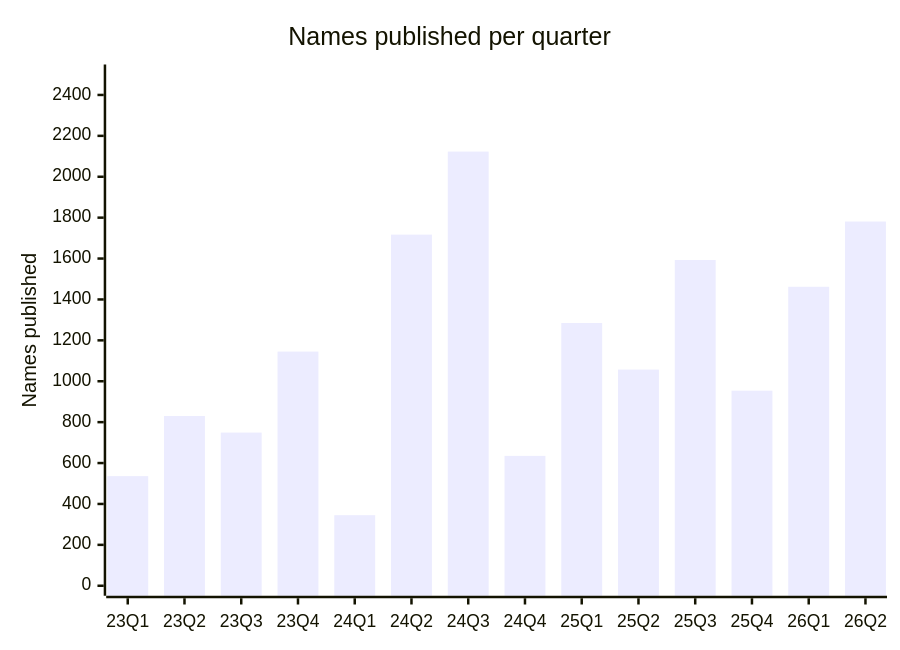
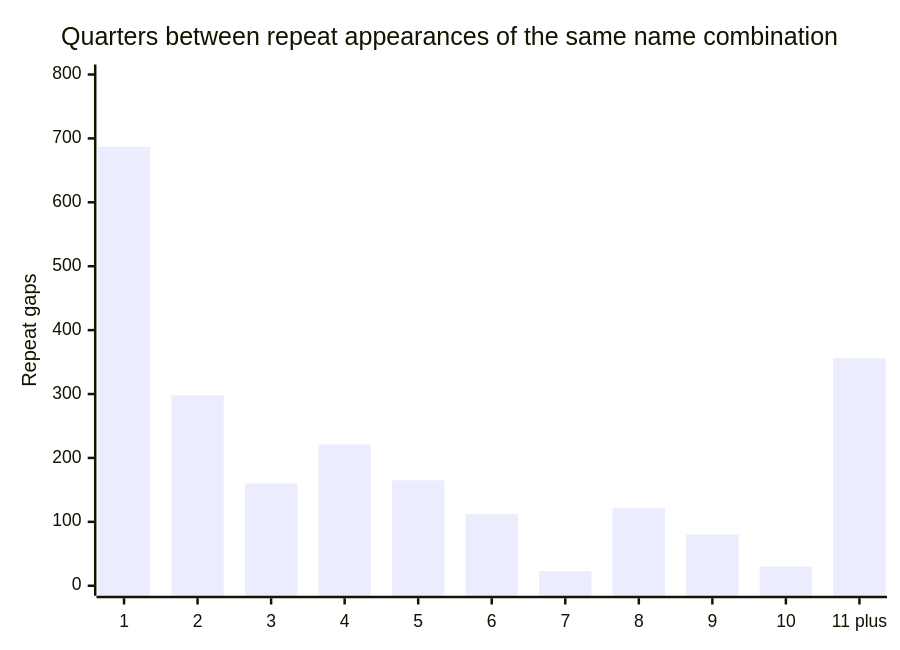
Before and after one commit to CoreData-Labs/usa-quarterly-expatriation-list: diagram 13 of 16 in README.md, drawn with Mermaid. The commit also changed other lines of this file, not shown here.

````diff
--- a/README.md
+++ b/README.md
@@ -90,7 +343,7 @@
 ```mermaid
 xychart-beta
-    title "Names published per quarter"
-    x-axis ["23Q1", "23Q2", "23Q3", "23Q4", "24Q1", "24Q2", "24Q3", "24Q4", "25Q1", "25Q2", "25Q3", "25Q4", "26Q1", "26Q2"]
-    y-axis "Names published" 0 --> 2500
-    bar [536, 830, 749, 1145, 345, 1717, 2123, 635, 1285, 1057, 1593, 954, 1462, 1781]
+    title "Quarters between repeat appearances of the same name combination"
+    x-axis ["1", "2", "3", "4", "5", "6", "7", "8", "9", "10", "11 plus"]
+    y-axis "Repeat gaps" 0 --> 800
+    bar [687, 298, 160, 221, 165, 112, 23, 122, 80, 30, 356]
 ```
````
